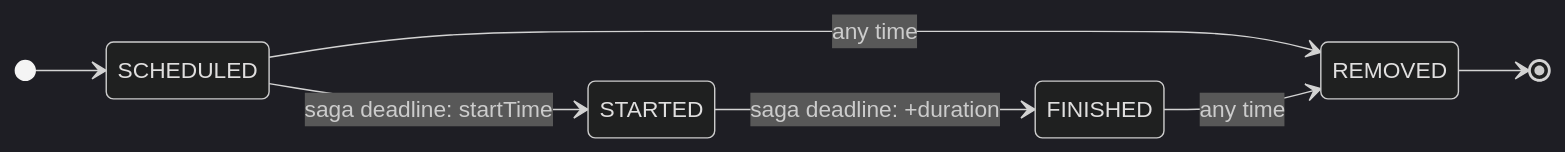
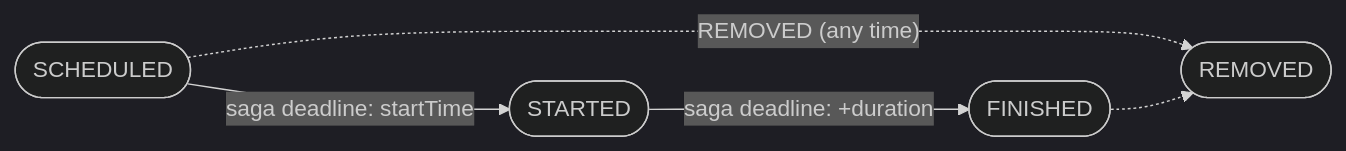
Before and after one commit to aanbrn/axon-showcase: the first of 3 diagrams in README.md, drawn with Mermaid (dark theme). The commit also changed other lines of this file, not shown here.

Commit message:
Fit the Mermaid diagrams clear of GitHub's toolbar
GitHub pins a zoom/pan toolbar to the right edge of every Mermaid diagram, which covered the event flow's OpenSearch label and the loop's Merge node. Pad the lifecycle and event flow and lay the loop out top-down; the lifecycle becomes a flowchart because stateDiagram-v2 exposes no diagram-padding option.

````diff
--- a/README.md
+++ b/README.md
@@ -65,10 +65,8 @@
 ```mermaid
-stateDiagram-v2
-    direction LR
-    [*] --> SCHEDULED
-    SCHEDULED --> STARTED: saga deadline: startTime
-    STARTED --> FINISHED: saga deadline: +duration
-    SCHEDULED --> REMOVED: any time
-    FINISHED --> REMOVED: any time
-    REMOVED --> [*]
+%%{init: {"flowchart": {"diagramPadding": 160}}}%%
+flowchart LR
+    SCHEDULED([SCHEDULED]) -->|"saga deadline: startTime"| STARTED([STARTED])
+    STARTED -->|"saga deadline: +duration"| FINISHED([FINISHED])
+    SCHEDULED -.->|"REMOVED (any time)"| REMOVED([REMOVED])
+    FINISHED -.-> REMOVED
 ```
````
